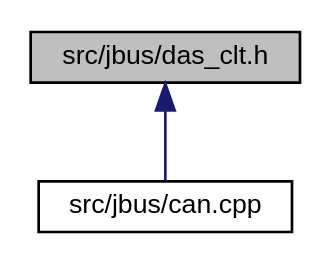
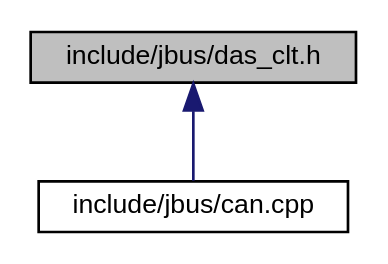
One commit to AboudyKreidieh/truck-code changed the diagram in docs/das__clt_8h__dep__incl.dot. Above: the diagram before and after it, drawn with Graphviz. The commit also changed 582 other files, not shown here.

```diff
--- a/docs/das__clt_8h__dep__incl.dot
+++ b/docs/das__clt_8h__dep__incl.dot
@@ -1,8 +1,8 @@
-digraph "src/jbus/das_clt.h"
+digraph "include/jbus/das_clt.h"
 {
   edge [fontname="Helvetica",fontsize="10",labelfontname="Helvetica",labelfontsize="10"];
   node [fontname="Helvetica",fontsize="10",shape=record];
-  Node2 [label="src/jbus/das_clt.h",height=0.2,width=0.4,color="black", fillcolor="grey75", style="filled", fontcolor="black"];
+  Node2 [label="include/jbus/das_clt.h",height=0.2,width=0.4,color="black", fillcolor="grey75", style="filled", fontcolor="black"];
   Node2 -> Node3 [dir="back",color="midnightblue",fontsize="10",style="solid",fontname="Helvetica"];
-  Node3 [label="src/jbus/can.cpp",height=0.2,width=0.4,color="black", fillcolor="white", style="filled",URL="$can_8cpp.html"];
+  Node3 [label="include/jbus/can.cpp",height=0.2,width=0.4,color="black", fillcolor="white", style="filled",URL="$can_8cpp.html"];
 }
```
